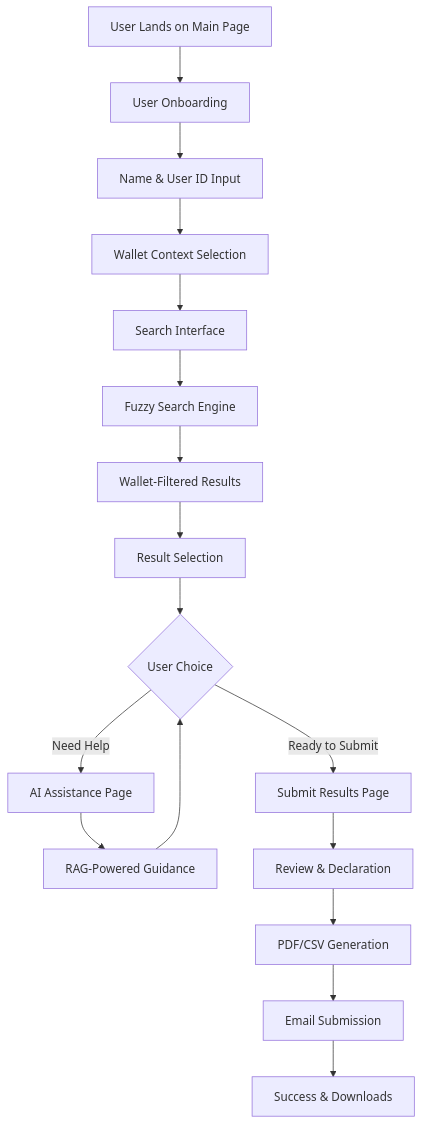
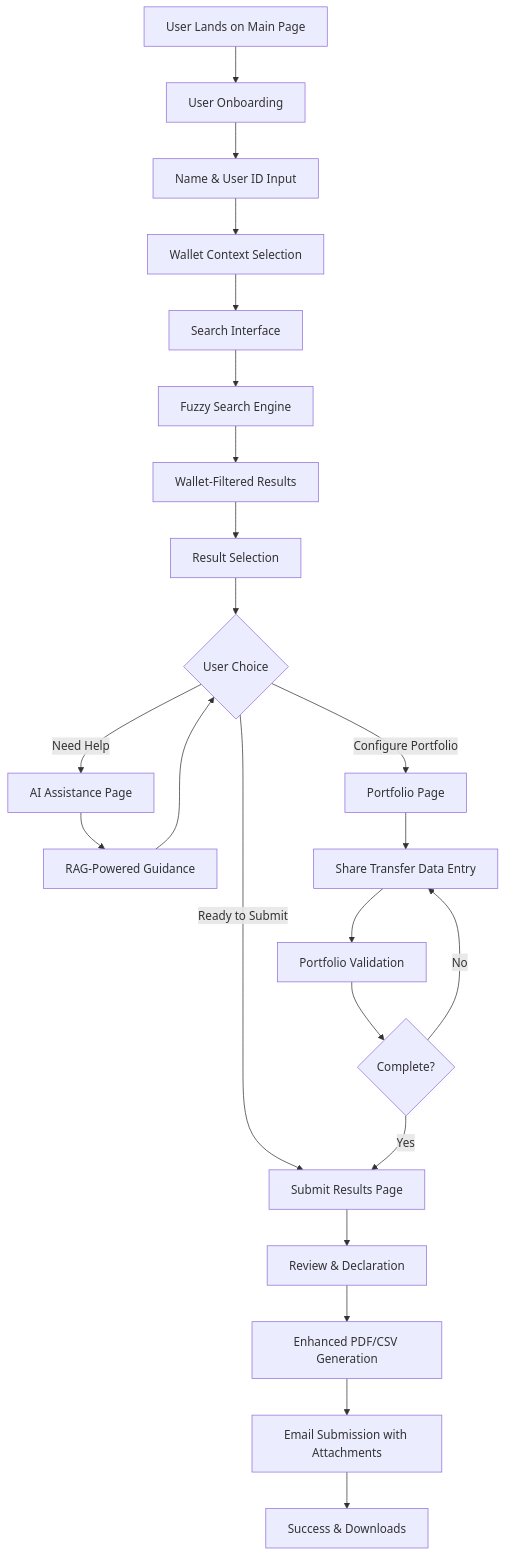
One commit to donkruger/share_transfer_template changed the first of 6 diagrams in README.md. Above: the diagram before and after it, drawn with Mermaid. The commit also changed other lines of this file and 9 other files, not shown here.

````diff
--- a/README.md
+++ b/README.md
@@ -69,19 +82,25 @@
 ```mermaid
 graph TD
     A[User Lands on Main Page] --> B[User Onboarding]
     B --> C[Name & User ID Input]
     C --> D[Wallet Context Selection]
     D --> E[Search Interface]
     E --> F[Fuzzy Search Engine]
     F --> G[Wallet-Filtered Results]
     G --> H[Result Selection]
     H --> I{User Choice}
     I -->|Need Help| J[AI Assistance Page]
-    I -->|Ready to Submit| K[Submit Results Page]
-    J --> L[RAG-Powered Guidance]
-    L --> I
-    K --> M[Review & Declaration]
-    M --> N[PDF/CSV Generation]
-    N --> O[Email Submission]
-    O --> P[Success & Downloads]
+    I -->|Configure Portfolio| K[Portfolio Page]
+    I -->|Ready to Submit| L[Submit Results Page]
+    J --> M[RAG-Powered Guidance]
+    M --> I
+    K --> N[Share Transfer Data Entry]
+    N --> O[Portfolio Validation]
+    O --> P{Complete?}
+    P -->|No| N
+    P -->|Yes| L
+    L --> Q[Review & Declaration]
+    Q --> R[Enhanced PDF/CSV Generation]
+    R --> S[Email Submission with Attachments]
+    S --> T[Success & Downloads]
 ```
````
